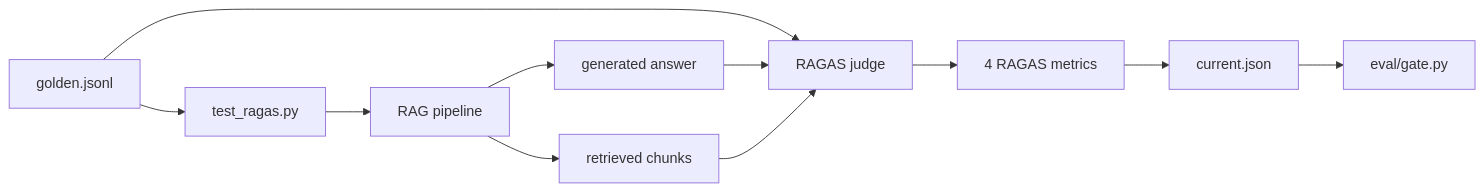
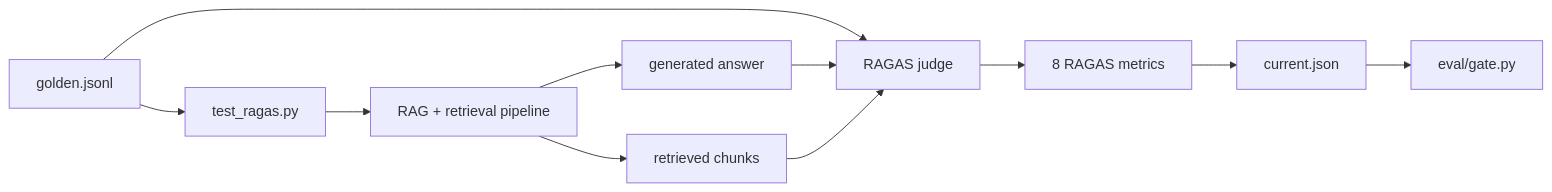
One commit to hemantjanrao/ai-compliance-qa-lab changed the diagram in docs/DAY_02_RAGAS.md. Above: the diagram before and after it, drawn with Mermaid. The commit also changed other lines of this file and 10 other files, not shown here.

````diff
--- a/docs/DAY_02_RAGAS.md
+++ b/docs/DAY_02_RAGAS.md
@@ -51,13 +51,13 @@
 ```mermaid
 flowchart LR
   Golden[golden.jsonl] --> Harness[test_ragas.py]
-  Harness --> RAG[RAG pipeline]
+  Harness --> RAG[RAG + retrieval pipeline]
   RAG --> Answer[generated answer]
   RAG --> Context[retrieved chunks]
   Golden --> Judge[RAGAS judge]
   Answer --> Judge
   Context --> Judge
-  Judge --> Metrics[4 RAGAS metrics]
+  Judge --> Metrics[8 RAGAS metrics]
   Metrics --> Report[current.json]
   Report --> Gate[eval/gate.py]
 ```
````
